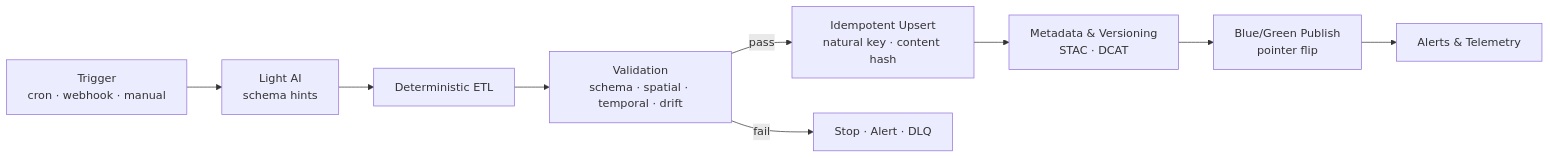
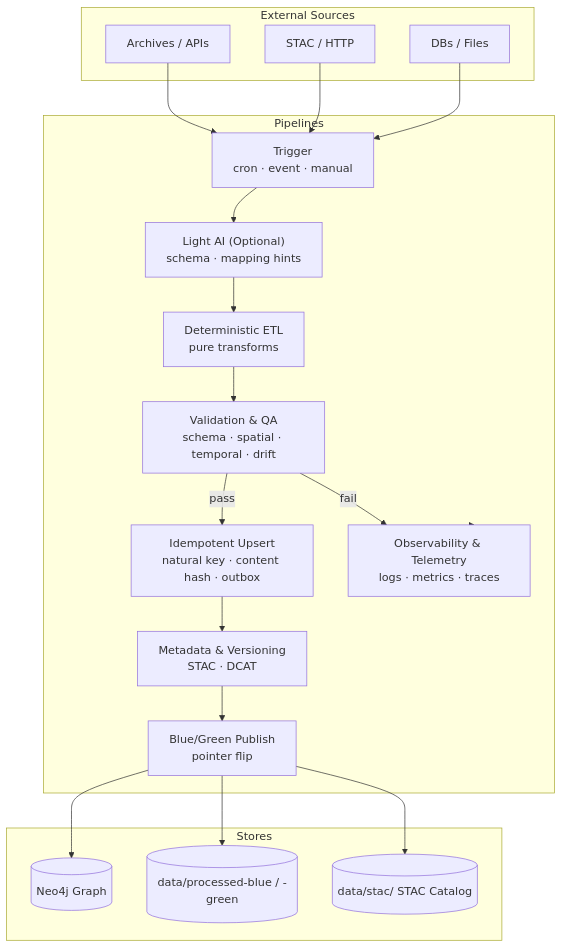
One commit to bartytime4life/Kansas-Frontier-Matrix changed the diagram in src/pipelines/architecture/reliable-pipelines.md. Above: the diagram before and after it, drawn with Mermaid. The commit also changed other lines of this file, not shown here.

````diff
--- a/src/pipelines/architecture/reliable-pipelines.md
+++ b/src/pipelines/architecture/reliable-pipelines.md
@@ -287,11 +162,40 @@
-```mermaid
-flowchart LR
-  A[Trigger<br/>cron · webhook · manual] --> B[Light AI<br/>schema hints]
-  B --> C[Deterministic ETL]
-  C --> D[Validation<br/>schema · spatial · temporal · drift]
-  D -->|pass| E[Idempotent Upsert<br/>natural key · content hash]
-  D -->|fail| X[Stop · Alert · DLQ]
-  E --> F[Metadata & Versioning<br/>STAC · DCAT]
-  F --> G[Blue/Green Publish<br/>pointer flip]
-  G --> H[Alerts & Telemetry]
-```
+~~~~~mermaid
+flowchart TD
+  subgraph External Sources
+    S1["Archives / APIs"]
+    S2["STAC / HTTP"]
+    S3["DBs / Files"]
+  end
+
+  subgraph Pipelines
+    T["Trigger<br/>cron · event · manual"]
+    AI["Light AI (Optional)<br/>schema · mapping hints"]
+    E["Deterministic ETL<br/>pure transforms"]
+    V["Validation & QA<br/>schema · spatial · temporal · drift"]
+    U["Idempotent Upsert<br/>natural key · content hash · outbox"]
+    M["Metadata & Versioning<br/>STAC · DCAT"]
+    B["Blue/Green Publish<br/>pointer flip"]
+    O["Observability & Telemetry<br/>logs · metrics · traces"]
+  end
+
+  subgraph Stores
+    G[(Neo4j Graph)]
+    D[(data/processed-blue / -green)]
+    C[(data/stac/ STAC Catalog)]
+  end
+
+  S1 --> T
+  S2 --> T
+  S3 --> T
+  T --> AI
+  AI --> E
+  E --> V
+  V -->|pass| U
+  V -->|fail| O
+  U --> M
+  M --> B
+  B --> G
+  B --> D
+  B --> C
+  Pipelines --> O
+~~~~~
````
